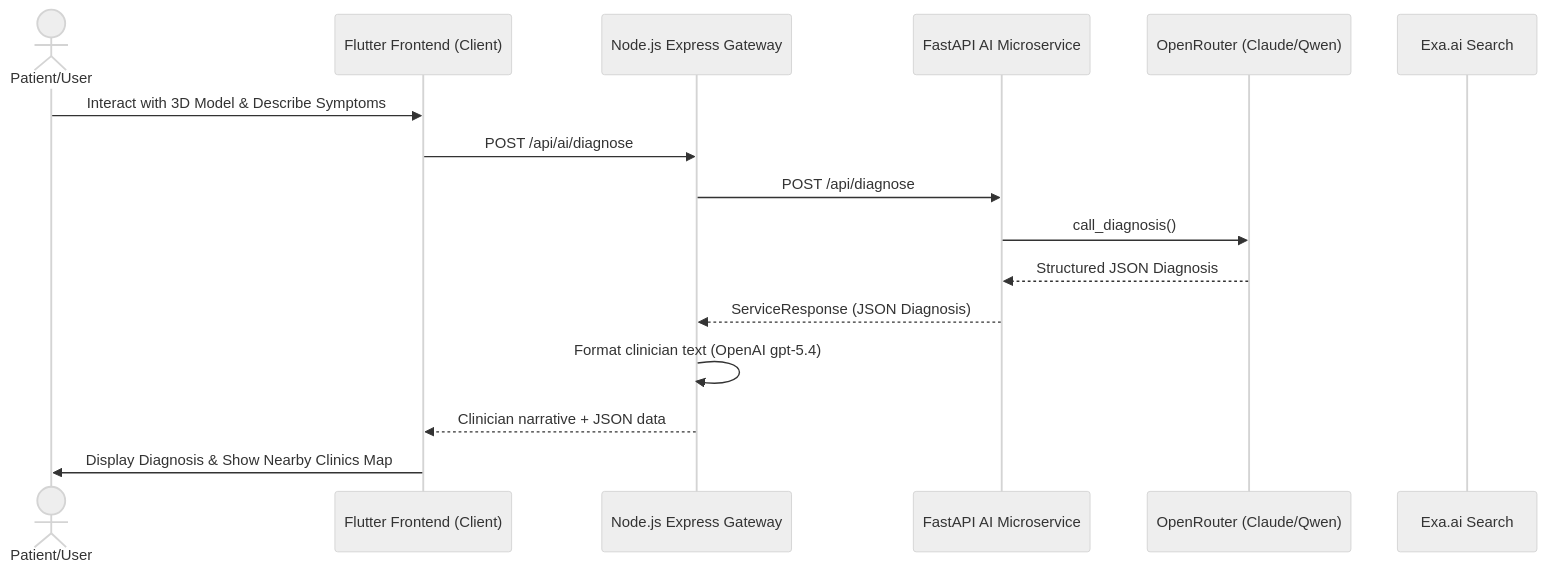
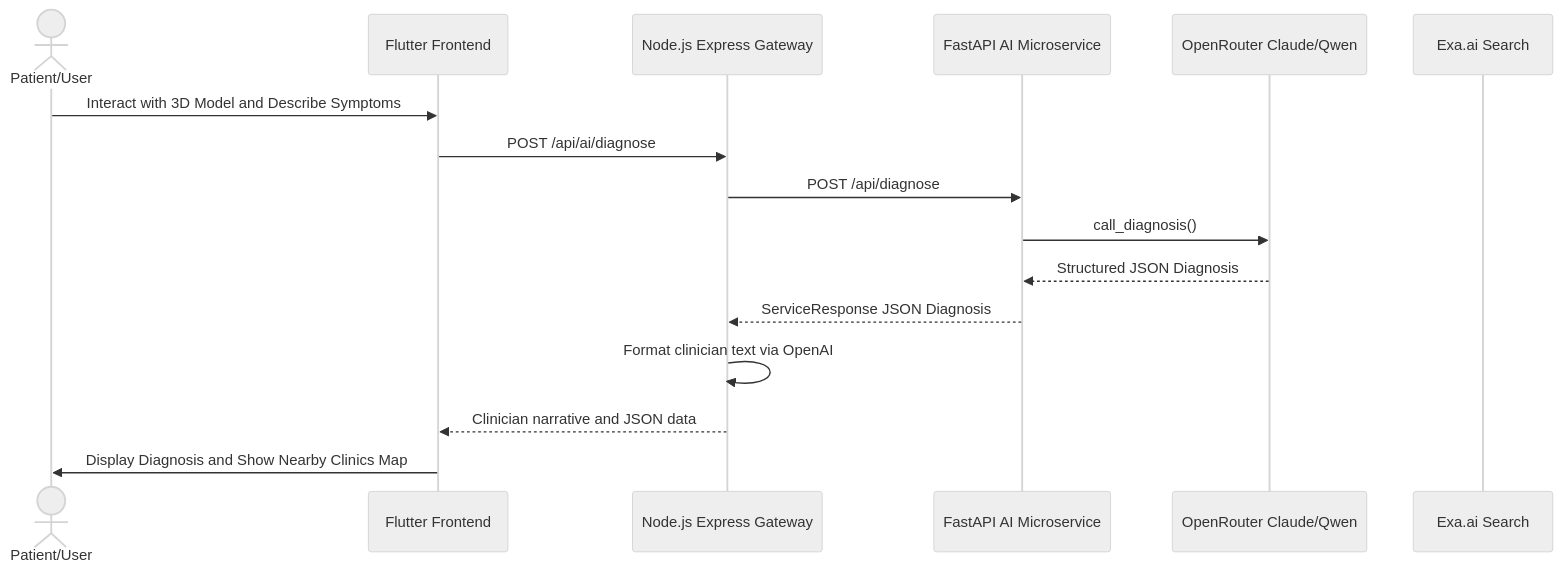
Before and after one commit to nguyendinhthienloc/Clavicular: the second of 2 diagrams in README.md, drawn with Mermaid (neutral theme). The commit also changed other lines of this file and 3 other files, not shown here.

````diff
--- a/README.md
+++ b/README.md
@@ -50,19 +52,19 @@
 ```mermaid
 sequenceDiagram
     actor User as Patient/User
-    participant Flutter as Flutter Frontend (Client)
+    participant Flutter as Flutter Frontend
     participant Gateway as Node.js Express Gateway
     participant FastAPI as FastAPI AI Microservice
-    participant LLM as OpenRouter (Claude/Qwen)
+    participant LLM as OpenRouter Claude/Qwen
     participant Exa as Exa.ai Search
 
-    User->>Flutter: Interact with 3D Model & Describe Symptoms
+    User->>Flutter: Interact with 3D Model and Describe Symptoms
     Flutter->>Gateway: POST /api/ai/diagnose
     Gateway->>FastAPI: POST /api/diagnose
     FastAPI->>LLM: call_diagnosis()
     LLM-->>FastAPI: Structured JSON Diagnosis
-    FastAPI-->>Gateway: ServiceResponse (JSON Diagnosis)
-    Gateway->>Gateway: Format clinician text (OpenAI gpt-5.4)
-    Gateway-->>Flutter: Clinician narrative + JSON data
-    Flutter->>User: Display Diagnosis & Show Nearby Clinics Map
+    FastAPI-->>Gateway: ServiceResponse JSON Diagnosis
+    Gateway->>Gateway: Format clinician text via OpenAI
+    Gateway-->>Flutter: Clinician narrative and JSON data
+    Flutter->>User: Display Diagnosis and Show Nearby Clinics Map
 ```
````
